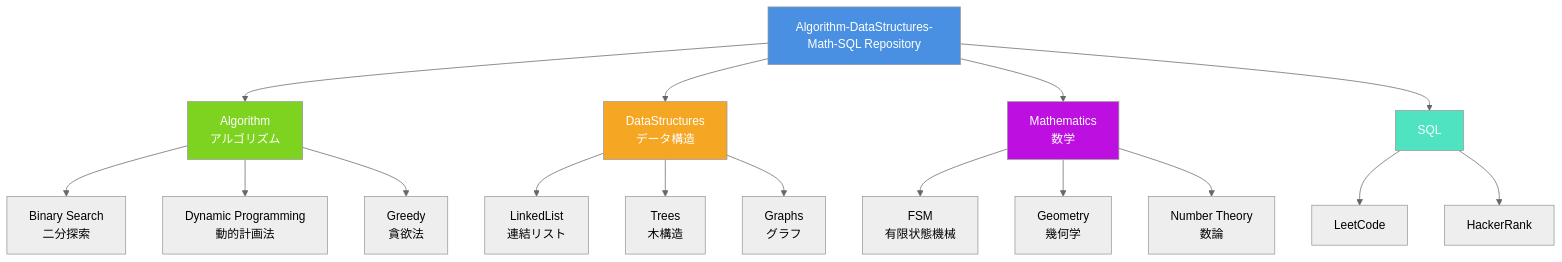
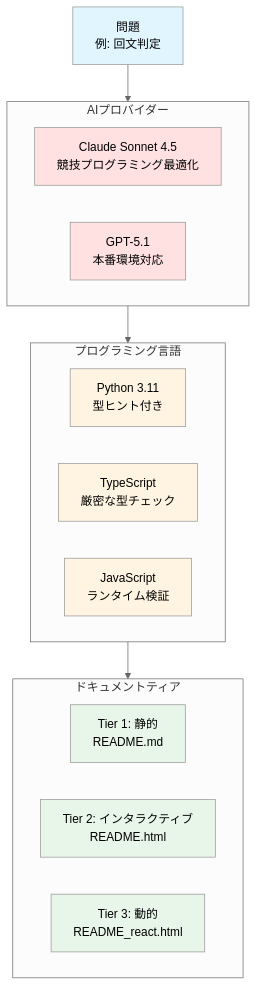
One commit to myoshi2891/Algorithm-DataStructures-Math-SQL changed the first of 11 diagrams in README.md. Above: the diagram before and after it, drawn with Mermaid (neutral theme). The commit also changed other lines of this file, not shown here.

````diff
--- a/README.md
+++ b/README.md
@@ -35,30 +31,35 @@
 ```mermaid
 graph TB
-    Root[Algorithm-DataStructures-Math-SQL Repository]
-
-    Root --> Algo[Algorithm<br/>アルゴリズム]
-    Root --> DS[DataStructures<br/>データ構造]
-    Root --> Math[Mathematics<br/>数学]
-    Root --> SQL[SQL]
-
-    Algo --> BS[Binary Search<br/>二分探索]
-    Algo --> DP[Dynamic Programming<br/>動的計画法]
-    Algo --> Greedy[Greedy<br/>貪欲法]
-
-    DS --> LL[LinkedList<br/>連結リスト]
-    DS --> Trees[Trees<br/>木構造]
-    DS --> Graphs[Graphs<br/>グラフ]
-
-    Math --> FSM[FSM<br/>有限状態機械]
-    Math --> Geo[Geometry<br/>幾何学]
-    Math --> NT[Number Theory<br/>数論]
-
-    SQL --> LC[LeetCode]
-    SQL --> HR[HackerRank]
-
-    style Root fill:#4A90E2,color:#fff
-    style Algo fill:#7ED321,color:#fff
-    style DS fill:#F5A623,color:#fff
-    style Math fill:#BD10E0,color:#fff
-    style SQL fill:#50E3C2,color:#fff
+    Problem[問題<br/>例: 回文判定]
+    
+    subgraph AI[AIプロバイダー]
+        Claude[Claude Sonnet 4.5<br/>競技プログラミング最適化]
+        GPT[GPT-5.1<br/>本番環境対応]
+    end
+    
+    subgraph Lang[プログラミング言語]
+        Python[Python 3.11<br/>型ヒント付き]
+        TypeScript[TypeScript<br/>厳密な型チェック]
+        JavaScript[JavaScript<br/>ランタイム検証]
+    end
+    
+    subgraph Docs[ドキュメントティア]
+        T1[Tier 1: 静的<br/>README.md]
+        T2[Tier 2: インタラクティブ<br/>README.html]
+        T3[Tier 3: 動的<br/>README_react.html]
+    end
+    
+    Problem --> AI
+    AI --> Lang
+    Lang --> Docs
+    
+    style Problem fill:#e1f5ff
+    style Claude fill:#ffe1e1
+    style GPT fill:#ffe1e1
+    style Python fill:#fff4e1
+    style TypeScript fill:#fff4e1
+    style JavaScript fill:#fff4e1
+    style T1 fill:#e8f5e9
+    style T2 fill:#e8f5e9
+    style T3 fill:#e8f5e9
 ```
````
